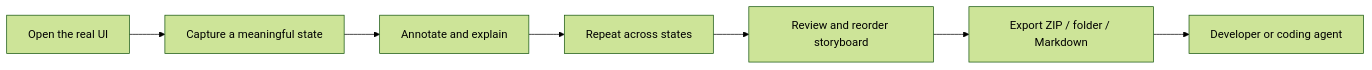
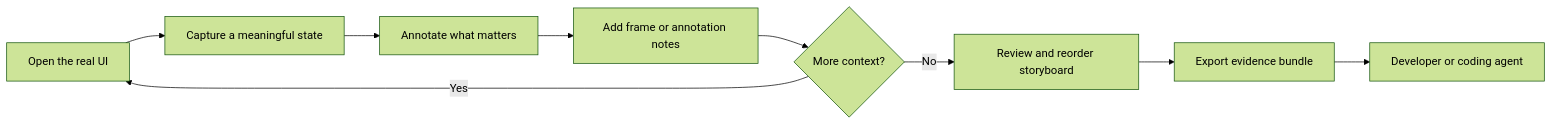
The first of 2 diagrams in README.md (MythologIQ-Labs-LLC/CritIQ), drawn with Mermaid (forest theme) before and after one commit. The commit also changed other lines of this file and 15 other files, not shown here.

````diff
--- a/README.md
+++ b/README.md
@@ -20,9 +70,11 @@
 ```mermaid
 flowchart LR
     A[Open the real UI] --> B[Capture a meaningful state]
-    B --> C[Annotate and explain]
-    C --> D[Repeat across states]
-    D --> E[Review and reorder storyboard]
-    E --> F[Export ZIP / folder / Markdown]
-    F --> G[Developer or coding agent]
+    B --> C[Annotate what matters]
+    C --> D[Add frame or annotation notes]
+    D --> E{More context?}
+    E -->|Yes| A
+    E -->|No| F[Review and reorder storyboard]
+    F --> G[Export evidence bundle]
+    G --> H[Developer or coding agent]
 ```
````
